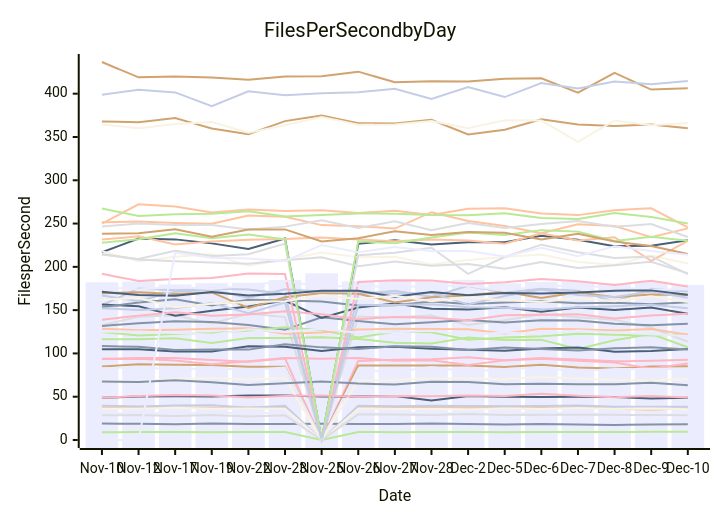
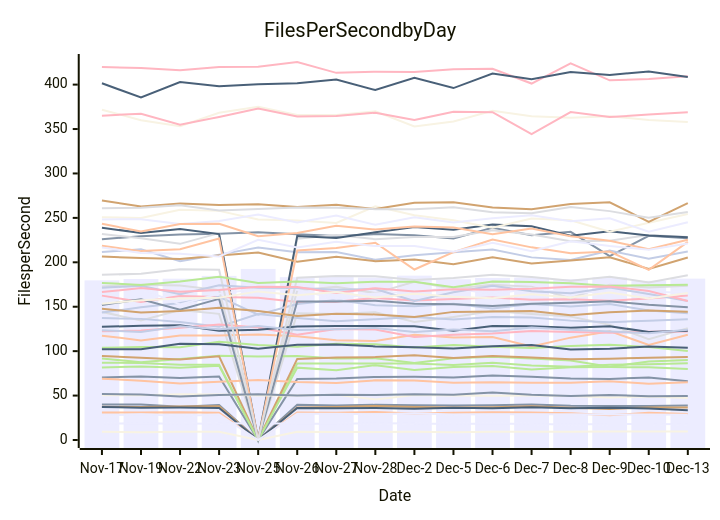
Before and after one commit to streetsidesoftware/cspell: the diagram in perf-report.md, drawn with Mermaid. The commit also changed other lines of this file and 1 other file, not shown here.

````diff
--- a/perf-report.md
+++ b/perf-report.md
@@ -10,57 +10,57 @@
 ```mermaid
 xychart-beta
     title Files Per Second by Day
     y-axis Files per Second
-    x-axis Date [Nov-10, Nov-12, Nov-17, Nov-19, Nov-22, Nov-23, Nov-25, Nov-26, Nov-27, Nov-28, Dec-2, Dec-5, Dec-6, Dec-7, Dec-8, Dec-9, Dec-10]
-    bar [182.11, 183.02, 179.67, 181.22, 181.55, 184.70, 192.57, 183.27, 184.75, 182.79, 184.99, 180.86, 182.42, 182.83, 180.95, 182.95, 179.19]
-    line [19.12, 18.64, 18.32, 18.95, 18.34, 18.44, 18.84, 18.37, 18.41, 18.93, 18.48, 17.91, 18.52, 17.91, 17.46, 17.89, 18.13]
-    line [36.70, 37.54, 37.45, 37.05, 37.59, 38.10, 0.00, 36.55, 37.13, 38.36, 37.28, 36.55, 36.94, 38.11, 36.16, 34.90, 36.59]
-    line [132.61, 142.45, 144.07, 134.61, 146.19, 141.96, 0.00, 142.52, 141.79, 143.85, 132.83, 138.36, 145.16, 141.72, 138.92, 129.58, 113.42]
-    line [116.49, 116.48, 117.45, 112.12, 117.70, 117.75, 118.80, 116.72, 112.25, 111.37, 118.51, 115.50, 115.87, 105.20, 115.20, 122.48, 107.06]
-    line [436.61, 418.89, 419.72, 418.60, 416.16, 419.91, 420.14, 425.45, 413.25, 414.49, 414.13, 417.32, 417.87, 401.19, 424.05, 404.78, 406.35]
-    line [39.54, 38.73, 39.95, 40.00, 37.29, 39.41, 0.00, 39.61, 38.93, 39.59, 39.21, 38.95, 39.16, 39.98, 38.54, 38.36, 38.36]
-    line [93.85, 94.70, 94.62, 92.44, 90.51, 94.24, 0.00, 91.28, 92.74, 93.28, 95.50, 92.21, 94.67, 92.84, 90.85, 91.43, 92.60]
-    line [216.82, 232.75, 231.73, 227.11, 220.77, 232.83, 0.00, 226.61, 230.78, 225.94, 228.40, 228.42, 235.98, 231.28, 223.81, 224.38, 230.73]
-    line [218.08, 206.42, 211.56, 214.70, 201.32, 208.63, 216.56, 211.21, 211.52, 202.80, 207.87, 211.25, 214.29, 205.55, 202.50, 213.14, 203.97]
-    line [30.57, 31.13, 30.89, 30.94, 31.34, 30.76, 0.00, 30.81, 30.58, 31.64, 29.90, 30.63, 31.36, 30.89, 30.17, 27.90, 30.55]
-    line [131.65, 134.94, 137.19, 136.33, 132.82, 127.42, 141.81, 137.38, 133.61, 136.04, 138.47, 135.71, 138.36, 137.92, 134.36, 132.66, 134.27]
-    line [251.54, 252.31, 250.79, 249.89, 259.20, 257.89, 248.21, 247.03, 244.22, 263.12, 252.89, 247.30, 238.91, 249.28, 247.23, 234.36, 244.44]
-    line [214.93, 208.44, 206.40, 204.90, 203.63, 207.69, 210.97, 200.63, 206.29, 201.28, 203.16, 197.69, 205.56, 198.75, 201.98, 205.78, 192.58]
-    line [8.92, 9.14, 9.18, 8.84, 9.32, 9.24, 0.00, 9.27, 9.05, 9.13, 9.38, 8.86, 9.19, 9.24, 9.33, 9.47, 9.61]
-    line [84.78, 87.41, 87.06, 86.68, 84.68, 84.66, 0.00, 86.16, 86.09, 86.12, 86.10, 84.45, 86.85, 83.80, 82.54, 84.79, 85.17]
-    line [155.75, 175.08, 172.86, 174.82, 173.87, 168.75, 0.00, 168.42, 172.41, 165.34, 178.00, 170.24, 174.62, 172.41, 159.51, 174.62, 171.51]
-    line [93.46, 93.94, 91.73, 87.45, 91.05, 94.79, 93.97, 94.67, 91.62, 92.04, 86.62, 91.97, 93.82, 91.60, 89.44, 82.46, 88.30]
-    line [156.47, 154.38, 143.43, 149.38, 154.11, 161.15, 140.96, 153.09, 157.58, 151.62, 150.61, 153.46, 148.08, 152.95, 150.14, 153.13, 145.78]
-    line [35.87, 36.08, 37.20, 36.20, 36.44, 36.12, 0.00, 36.09, 35.82, 35.94, 35.10, 36.40, 35.75, 36.91, 35.78, 36.33, 35.41]
-    line [82.79, 84.08, 81.67, 82.81, 81.19, 83.62, 0.00, 81.43, 78.64, 84.26, 78.88, 82.13, 83.39, 79.45, 81.95, 82.06, 81.96]
-    line [153.25, 158.83, 162.50, 155.26, 161.99, 161.00, 160.02, 155.33, 155.60, 159.85, 157.03, 158.70, 160.32, 157.97, 158.53, 156.72, 159.18]
-    line [231.54, 235.20, 225.87, 229.42, 231.39, 232.22, 233.95, 231.55, 229.52, 231.73, 230.37, 226.75, 238.77, 230.39, 234.25, 206.87, 229.87]
-    line [246.50, 250.04, 248.32, 248.40, 243.10, 246.46, 253.84, 244.86, 252.77, 242.22, 250.75, 244.77, 249.57, 253.00, 246.33, 249.46, 234.43]
-    line [124.62, 120.74, 122.33, 123.30, 126.42, 130.12, 126.69, 118.47, 125.05, 124.39, 115.88, 118.39, 119.81, 122.77, 121.45, 120.76, 121.79]
-    line [169.54, 170.69, 168.51, 170.43, 152.49, 164.76, 169.85, 169.02, 158.91, 164.95, 167.24, 171.12, 163.98, 170.66, 165.03, 168.12, 167.40]
-    line [166.86, 160.67, 171.35, 173.67, 163.99, 174.13, 171.44, 171.10, 169.17, 169.92, 156.42, 166.33, 173.70, 167.47, 165.08, 171.54, 164.38]
-    line [191.91, 183.56, 186.00, 187.01, 192.19, 191.67, 0.00, 182.52, 184.50, 184.37, 180.13, 182.27, 185.97, 183.39, 179.18, 183.86, 177.29]
-    line [48.94, 50.11, 50.42, 50.32, 51.47, 51.26, 50.21, 50.12, 50.94, 45.60, 50.75, 50.03, 49.80, 49.98, 49.59, 47.97, 48.84]
-    line [68.69, 67.71, 70.32, 71.50, 69.84, 71.46, 0.00, 68.63, 69.18, 70.98, 71.07, 70.27, 72.65, 71.06, 69.32, 68.69, 70.43]
-    line [176.80, 173.86, 176.80, 174.52, 178.44, 183.84, 176.75, 178.41, 176.49, 178.04, 178.10, 172.07, 178.26, 177.85, 176.41, 173.41, 174.24]
-    line [67.56, 66.97, 68.98, 66.79, 63.49, 65.54, 67.63, 65.16, 64.17, 67.20, 67.10, 64.34, 65.01, 64.46, 64.51, 66.15, 63.18]
-    line [128.50, 126.86, 127.39, 128.53, 129.02, 122.85, 124.15, 127.61, 128.38, 128.27, 127.96, 123.07, 128.36, 127.97, 126.37, 128.11, 121.50]
-    line [214.23, 209.04, 218.60, 212.59, 214.66, 226.79, 0.00, 213.37, 216.21, 222.03, 191.91, 211.40, 225.62, 216.82, 210.15, 212.06, 191.55]
-    line [227.77, 231.99, 238.91, 233.06, 237.44, 231.81, 0.00, 229.54, 227.35, 233.78, 239.72, 236.67, 242.41, 240.69, 229.87, 234.86, 230.17]
-    line [367.87, 367.07, 371.79, 359.89, 353.22, 368.32, 374.93, 365.77, 365.67, 369.95, 352.91, 358.41, 370.56, 364.48, 362.78, 364.44, 360.18]
-    line [152.28, 150.06, 152.05, 158.28, 146.52, 158.85, 0.00, 155.81, 155.95, 156.73, 153.23, 152.74, 150.88, 153.33, 154.58, 156.25, 152.15]
-    line [139.03, 143.66, 147.67, 143.64, 145.07, 148.78, 145.20, 139.52, 142.17, 141.34, 138.40, 144.20, 144.71, 145.14, 140.38, 143.82, 145.78]
-    line [104.85, 104.85, 102.15, 102.24, 108.41, 107.84, 102.72, 107.24, 107.62, 105.35, 104.37, 103.06, 105.64, 106.80, 101.95, 102.69, 105.10]
-    line [364.43, 360.15, 365.05, 367.22, 354.80, 363.64, 373.17, 364.09, 364.55, 368.33, 360.08, 369.35, 368.90, 344.39, 369.08, 363.46, 366.29]
-    line [125.03, 125.24, 123.48, 121.57, 127.94, 124.68, 128.18, 123.81, 124.58, 126.05, 121.44, 124.27, 122.27, 126.51, 124.16, 122.14, 120.17]
-    line [108.53, 107.61, 103.87, 104.59, 104.39, 110.58, 106.99, 105.01, 108.35, 107.81, 104.02, 106.94, 104.99, 103.46, 105.91, 107.21, 104.66]
-    line [250.02, 272.22, 269.63, 262.78, 266.27, 264.63, 265.39, 262.12, 264.70, 259.96, 267.12, 267.54, 261.60, 259.75, 265.50, 267.60, 245.47]
-    line [28.56, 28.81, 27.61, 29.00, 27.12, 28.69, 0.00, 29.62, 29.42, 28.97, 30.07, 28.83, 29.04, 29.09, 29.10, 28.75, 28.65]
-    line [267.34, 258.77, 260.78, 261.46, 264.14, 258.29, 259.88, 261.65, 261.27, 259.85, 259.59, 261.91, 256.38, 255.24, 262.31, 257.60, 250.13]
-    line [238.15, 238.92, 243.36, 234.75, 243.01, 243.28, 229.25, 233.06, 241.24, 236.91, 240.36, 239.27, 231.52, 238.08, 229.24, 224.19, 214.79]
-    line [398.88, 404.51, 401.52, 385.51, 402.83, 398.10, 400.47, 401.59, 405.72, 393.85, 407.78, 396.11, 412.42, 405.98, 414.20, 410.80, 414.80]
-    line [48.84, 50.71, 51.87, 51.27, 48.95, 50.74, 51.36, 50.08, 50.94, 50.51, 51.36, 50.85, 53.51, 50.97, 49.51, 50.73, 49.15]
-    line [171.14, 167.37, 166.50, 171.04, 166.81, 168.79, 172.43, 172.30, 165.40, 170.85, 167.09, 169.78, 169.21, 170.29, 172.44, 172.82, 167.78]
-    line [162.10, 163.95, 153.46, 157.33, 159.29, 160.15, 167.27, 163.00, 166.53, 160.28, 164.60, 161.29, 159.50, 164.08, 160.40, 166.00, 159.37]
-    line [0.00, 0.00, 216.65, 210.39, 209.57, 206.62, 225.23, 216.74, 223.01, 218.30, 218.24, 211.89, 221.99, 212.41, 223.76, 218.34, 214.11]
+    x-axis Date [Nov-17, Nov-19, Nov-22, Nov-23, Nov-25, Nov-26, Nov-27, Nov-28, Dec-2, Dec-5, Dec-6, Dec-7, Dec-8, Dec-9, Dec-10, Dec-13]
+    bar [179.67, 181.22, 181.55, 184.70, 192.57, 183.27, 184.75, 182.79, 184.99, 180.86, 182.42, 182.83, 180.95, 182.95, 179.19, 181.65]
+    line [39.95, 40.00, 37.29, 39.41, 0.00, 39.61, 38.93, 39.59, 39.21, 38.95, 39.16, 39.98, 38.54, 38.36, 38.36, 38.81]
+    line [30.89, 30.94, 31.34, 30.76, 0.00, 30.81, 30.58, 31.64, 29.90, 30.63, 31.36, 30.89, 30.17, 27.90, 30.55, 29.22]
+    line [144.07, 134.61, 146.19, 141.96, 0.00, 142.52, 141.79, 143.85, 132.83, 138.36, 145.16, 141.72, 138.92, 129.58, 113.42, 125.88]
+    line [87.06, 86.68, 84.68, 84.66, 0.00, 86.16, 86.09, 86.12, 86.10, 84.45, 86.85, 83.80, 82.54, 84.79, 85.17, 86.33]
+    line [37.45, 37.05, 37.59, 38.10, 0.00, 36.55, 37.13, 38.36, 37.28, 36.55, 36.94, 38.11, 36.16, 34.90, 36.59, 36.61]
+    line [137.19, 136.33, 132.82, 127.42, 141.81, 137.38, 133.61, 136.04, 138.47, 135.71, 138.36, 137.92, 134.36, 132.66, 134.27, 135.78]
+    line [162.50, 155.26, 161.99, 161.00, 160.02, 155.33, 155.60, 159.85, 157.03, 158.70, 160.32, 157.97, 158.53, 156.72, 159.18, 162.67]
+    line [37.20, 36.20, 36.44, 36.12, 0.00, 36.09, 35.82, 35.94, 35.10, 36.40, 35.75, 36.91, 35.78, 36.33, 35.41, 33.56]
+    line [9.18, 8.84, 9.32, 9.24, 0.00, 9.27, 9.05, 9.13, 9.38, 8.86, 9.19, 9.24, 9.33, 9.47, 9.61, 9.47]
+    line [18.32, 18.95, 18.34, 18.44, 18.84, 18.37, 18.41, 18.93, 18.48, 17.91, 18.52, 17.91, 17.46, 17.89, 18.13, 17.78]
+    line [225.87, 229.42, 231.39, 232.22, 233.95, 231.55, 229.52, 231.73, 230.37, 226.75, 238.77, 230.39, 234.25, 206.87, 229.87, 227.19]
+    line [117.45, 112.12, 117.70, 117.75, 118.80, 116.72, 112.25, 111.37, 118.51, 115.50, 115.87, 105.20, 115.20, 122.48, 107.06, 118.54]
+    line [231.73, 227.11, 220.77, 232.83, 0.00, 226.61, 230.78, 225.94, 228.40, 228.42, 235.98, 231.28, 223.81, 224.38, 230.73, 228.56]
+    line [91.73, 87.45, 91.05, 94.79, 93.97, 94.67, 91.62, 92.04, 86.62, 91.97, 93.82, 91.60, 89.44, 82.46, 88.30, 90.18]
+    line [94.62, 92.44, 90.51, 94.24, 0.00, 91.28, 92.74, 93.28, 95.50, 92.21, 94.67, 92.84, 90.85, 91.43, 92.60, 93.37]
+    line [211.56, 214.70, 201.32, 208.63, 216.56, 211.21, 211.52, 202.80, 207.87, 211.25, 214.29, 205.55, 202.50, 213.14, 203.97, 212.22]
+    line [419.72, 418.60, 416.16, 419.91, 420.14, 425.45, 413.25, 414.49, 414.13, 417.32, 417.87, 401.19, 424.05, 404.78, 406.35, 409.54]
+    line [238.91, 233.06, 237.44, 231.81, 0.00, 229.54, 227.35, 233.78, 239.72, 236.67, 242.41, 240.69, 229.87, 234.86, 230.17, 228.31]
+    line [250.79, 249.89, 259.20, 257.89, 248.21, 247.03, 244.22, 263.12, 252.89, 247.30, 238.91, 249.28, 247.23, 234.36, 244.44, 254.37]
+    line [248.32, 248.40, 243.10, 246.46, 253.84, 244.86, 252.77, 242.22, 250.75, 244.77, 249.57, 253.00, 246.33, 249.46, 234.43, 245.12]
+    line [70.32, 71.50, 69.84, 71.46, 0.00, 68.63, 69.18, 70.98, 71.07, 70.27, 72.65, 71.06, 69.32, 68.69, 70.43, 66.11]
+    line [68.98, 66.79, 63.49, 65.54, 67.63, 65.16, 64.17, 67.20, 67.10, 64.34, 65.01, 64.46, 64.51, 66.15, 63.18, 64.91]
+    line [172.86, 174.82, 173.87, 168.75, 0.00, 168.42, 172.41, 165.34, 178.00, 170.24, 174.62, 172.41, 159.51, 174.62, 171.51, 173.65]
+    line [81.67, 82.81, 81.19, 83.62, 0.00, 81.43, 78.64, 84.26, 78.88, 82.13, 83.39, 79.45, 81.95, 82.06, 81.96, 79.96]
+    line [206.40, 204.90, 203.63, 207.69, 210.97, 200.63, 206.29, 201.28, 203.16, 197.69, 205.56, 198.75, 201.98, 205.78, 192.58, 205.45]
+    line [143.43, 149.38, 154.11, 161.15, 140.96, 153.09, 157.58, 151.62, 150.61, 153.46, 148.08, 152.95, 150.14, 153.13, 145.78, 142.78]
+    line [122.33, 123.30, 126.42, 130.12, 126.69, 118.47, 125.05, 124.39, 115.88, 118.39, 119.81, 122.77, 121.45, 120.76, 121.79, 122.20]
+    line [127.39, 128.53, 129.02, 122.85, 124.15, 127.61, 128.38, 128.27, 127.96, 123.07, 128.36, 127.97, 126.37, 128.11, 121.50, 122.96]
+    line [371.79, 359.89, 353.22, 368.32, 374.93, 365.77, 365.67, 369.95, 352.91, 358.41, 370.56, 364.48, 362.78, 364.44, 360.18, 358.05]
+    line [168.51, 170.43, 152.49, 164.76, 169.85, 169.02, 158.91, 164.95, 167.24, 171.12, 163.98, 170.66, 165.03, 168.12, 167.40, 165.15]
+    line [152.05, 158.28, 146.52, 158.85, 0.00, 155.81, 155.95, 156.73, 153.23, 152.74, 150.88, 153.33, 154.58, 156.25, 152.15, 149.54]
+    line [218.60, 212.59, 214.66, 226.79, 0.00, 213.37, 216.21, 222.03, 191.91, 211.40, 225.62, 216.82, 210.15, 212.06, 191.55, 223.01]
+    line [186.00, 187.01, 192.19, 191.67, 0.00, 182.52, 184.50, 184.37, 180.13, 182.27, 185.97, 183.39, 179.18, 183.86, 177.29, 185.44]
+    line [103.87, 104.59, 104.39, 110.58, 106.99, 105.01, 108.35, 107.81, 104.02, 106.94, 104.99, 103.46, 105.91, 107.21, 104.66, 100.11]
+    line [269.63, 262.78, 266.27, 264.63, 265.39, 262.12, 264.70, 259.96, 267.12, 267.54, 261.60, 259.75, 265.50, 267.60, 245.47, 266.55]
+    line [171.35, 173.67, 163.99, 174.13, 171.44, 171.10, 169.17, 169.92, 156.42, 166.33, 173.70, 167.47, 165.08, 171.54, 164.38, 156.51]
+    line [365.05, 367.22, 354.80, 363.64, 373.17, 364.09, 364.55, 368.33, 360.08, 369.35, 368.90, 344.39, 369.08, 363.46, 366.29, 369.00]
+    line [102.15, 102.24, 108.41, 107.84, 102.72, 107.24, 107.62, 105.35, 104.37, 103.06, 105.64, 106.80, 101.95, 102.69, 105.10, 103.83]
+    line [50.42, 50.32, 51.47, 51.26, 50.21, 50.12, 50.94, 45.60, 50.75, 50.03, 49.80, 49.98, 49.59, 47.97, 48.84, 47.30]
+    line [27.61, 29.00, 27.12, 28.69, 0.00, 29.62, 29.42, 28.97, 30.07, 28.83, 29.04, 29.09, 29.10, 28.75, 28.65, 28.35]
+    line [51.87, 51.27, 48.95, 50.74, 51.36, 50.08, 50.94, 50.51, 51.36, 50.85, 53.51, 50.97, 49.51, 50.73, 49.15, 49.54]
+    line [243.36, 234.75, 243.01, 243.28, 229.25, 233.06, 241.24, 236.91, 240.36, 239.27, 231.52, 238.08, 229.24, 224.19, 214.79, 225.36]
+    line [260.78, 261.46, 264.14, 258.29, 259.88, 261.65, 261.27, 259.85, 259.59, 261.91, 256.38, 255.24, 262.31, 257.60, 250.13, 256.58]
+    line [176.80, 174.52, 178.44, 183.84, 176.75, 178.41, 176.49, 178.04, 178.10, 172.07, 178.26, 177.85, 176.41, 173.41, 174.24, 174.74]
+    line [147.67, 143.64, 145.07, 148.78, 145.20, 139.52, 142.17, 141.34, 138.40, 144.20, 144.71, 145.14, 140.38, 143.82, 145.78, 144.45]
+    line [123.48, 121.57, 127.94, 124.68, 128.18, 123.81, 124.58, 126.05, 121.44, 124.27, 122.27, 126.51, 124.16, 122.14, 120.17, 124.20]
+    line [166.50, 171.04, 166.81, 168.79, 172.43, 172.30, 165.40, 170.85, 167.09, 169.78, 169.21, 170.29, 172.44, 172.82, 167.78, 156.48]
+    line [401.52, 385.51, 402.83, 398.10, 400.47, 401.59, 405.72, 393.85, 407.78, 396.11, 412.42, 405.98, 414.20, 410.80, 414.80, 408.65]
+    line [153.46, 157.33, 159.29, 160.15, 167.27, 163.00, 166.53, 160.28, 164.60, 161.29, 159.50, 164.08, 160.40, 166.00, 159.37, 165.42]
+    line [216.65, 210.39, 209.57, 206.62, 225.23, 216.74, 223.01, 218.30, 218.24, 211.89, 221.99, 212.41, 223.76, 218.34, 214.11, 221.23]
 ```
````
